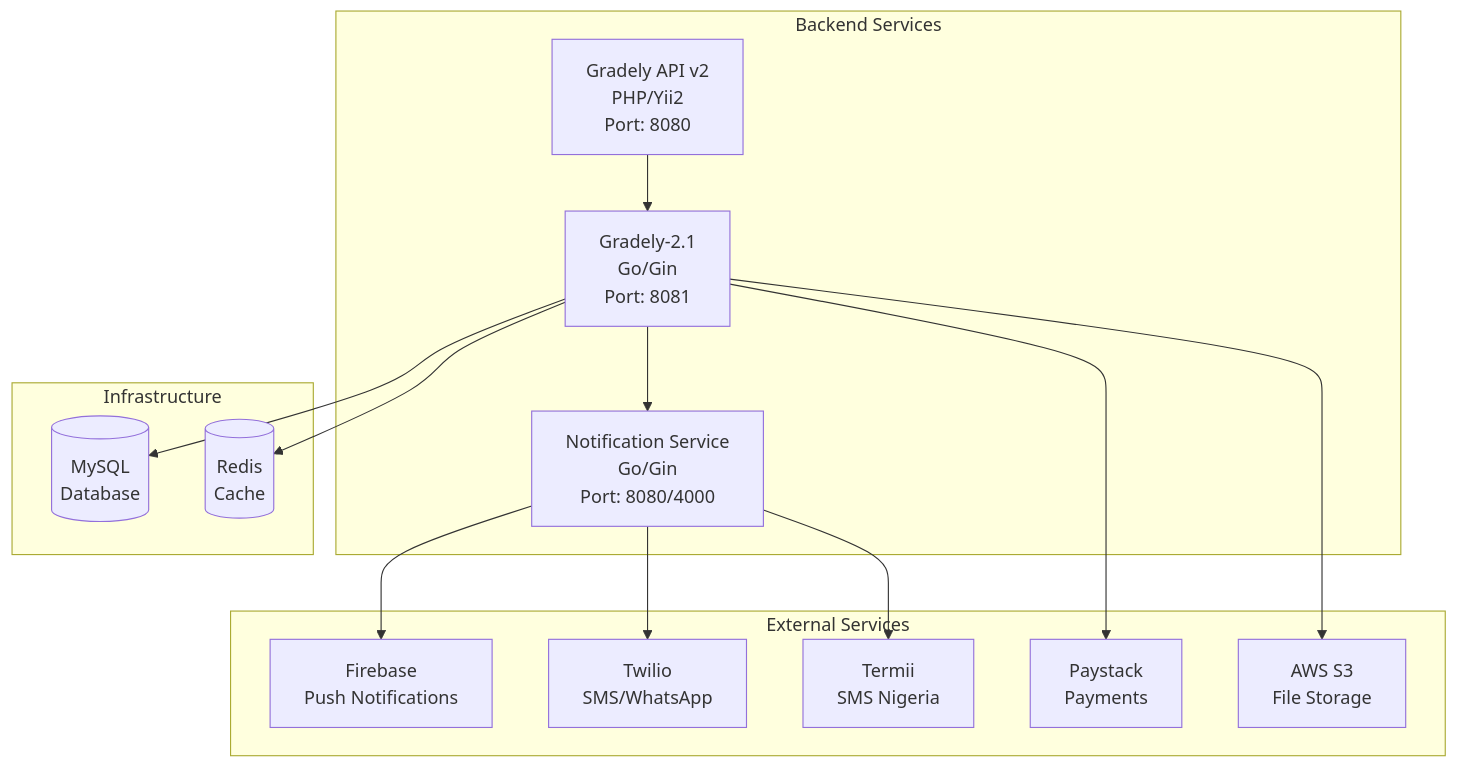
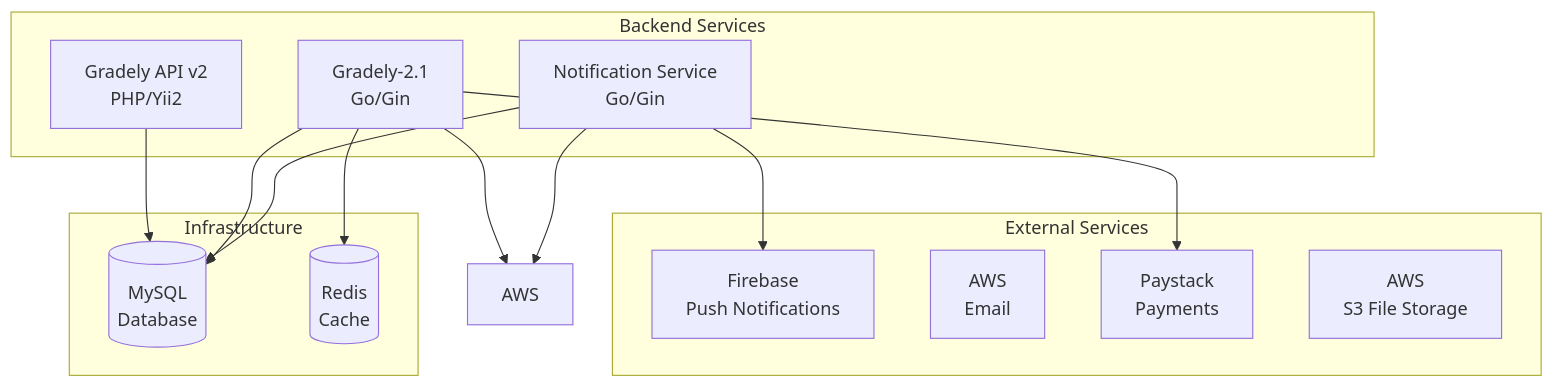
Before and after one commit to gradely/project-docs: the diagram in README.md, drawn with Mermaid. The commit also changed other lines of this file and 1 other file, not shown here.

````diff
--- a/README.md
+++ b/README.md
@@ -9,31 +9,30 @@
 ```mermaid
 graph TB
     subgraph "Backend Services"
-        API[Gradely API v2<br/>PHP/Yii2<br/>Port: 8080]
-        MAIN[Gradely-2.1<br/>Go/Gin<br/>Port: 8081]
-        NOTIF[Notification Service<br/>Go/Gin<br/>Port: 8080/4000]
+        API[Gradely API v2<br/>PHP/Yii2]
+        MAIN[Gradely-2.1<br/>Go/Gin]
+        NOTIF[Notification Service<br/>Go/Gin]
     end
 
     subgraph "External Services"
         FIREBASE[Firebase<br/>Push Notifications]
-        TWILIO[Twilio<br/>SMS/WhatsApp]
-        TERMII[Termii<br/>SMS Nigeria]
+        AWS_EMAIL[AWS<br/>Email]
         PAYSTACK[Paystack<br/>Payments]
-        AWS[AWS S3<br/>File Storage]
+        AWS_S3[AWS<br/>S3 File Storage]
+
     end
 
     subgraph "Infrastructure"
         MYSQL[(MySQL<br/>Database)]
         REDIS[(Redis<br/>Cache)]
     end
 
-    API --> MAIN
-    MAIN --> NOTIF
+    API --> MYSQL
     MAIN --> MYSQL
+    NOTIF --> MYSQL
     MAIN --> REDIS
     NOTIF --> FIREBASE
-    NOTIF --> TWILIO
-    NOTIF --> TERMII
     MAIN --> PAYSTACK
     MAIN --> AWS
+    NOTIF --> AWS
 ```
````
